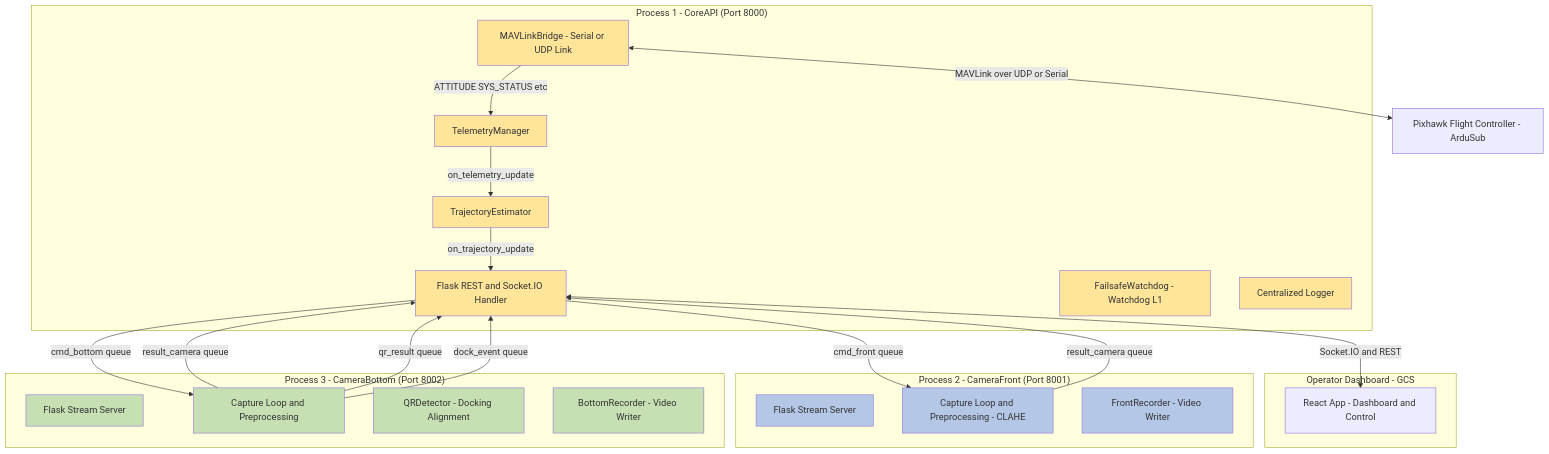
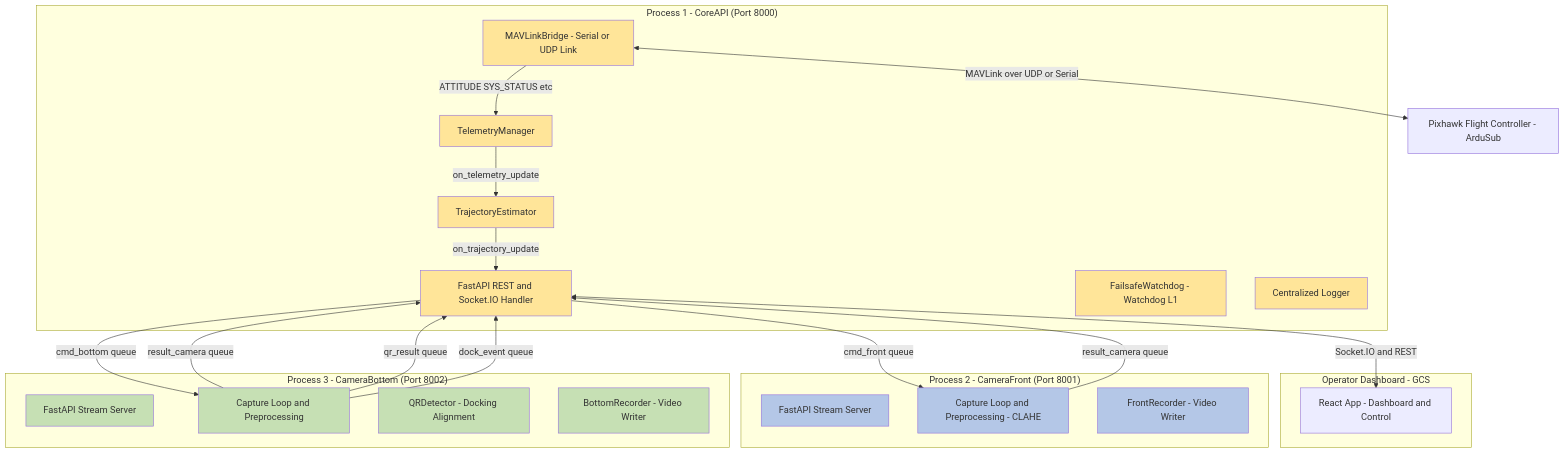
Before and after one commit to netph4ntom/rov_systemv3: the first of 2 diagrams in document.md, drawn with Mermaid. The commit also changed other lines of this file and 2 other files, not shown here.

````diff
--- a/document.md
+++ b/document.md
@@ -13,62 +13,62 @@
 ```mermaid
 graph TD
 
     subgraph "Operator Dashboard - GCS"
         React["React App - Dashboard and Control"]
     end
 
     subgraph "Process 1 - CoreAPI (Port 8000)"
-        Routes["Flask REST and Socket.IO Handler"]
+        Routes["FastAPI REST and Socket.IO Handler"]
         MAVLink["MAVLinkBridge - Serial or UDP Link"]
         Telemetry["TelemetryManager"]
         Trajectory["TrajectoryEstimator"]
         Watchdog["FailsafeWatchdog - Watchdog L1"]
         Logger["Centralized Logger"]
     end
 
     subgraph "Process 2 - CameraFront (Port 8001)"
-        FrontStream["Flask Stream Server"]
+        FrontStream["FastAPI Stream Server"]
         FrontCap["Capture Loop and Preprocessing - CLAHE"]
         FrontRec["FrontRecorder - Video Writer"]
     end
 
     subgraph "Process 3 - CameraBottom (Port 8002)"
-        BottomStream["Flask Stream Server"]
+        BottomStream["FastAPI Stream Server"]
         BottomCap["Capture Loop and Preprocessing"]
         QRDet["QRDetector - Docking Alignment"]
         BottomRec["BottomRecorder - Video Writer"]
     end
 
     Pixhawk["Pixhawk Flight Controller - ArduSub"]
 
     %% IPC Queues
     Routes -->|cmd_front queue| FrontCap
     Routes -->|cmd_bottom queue| BottomCap
     FrontCap -->|result_camera queue| Routes
     BottomCap -->|result_camera queue| Routes
     BottomCap -->|qr_result queue| Routes
     BottomCap -->|dock_event queue| Routes
 
     %% Internal Data Flow
     MAVLink -->|ATTITUDE SYS_STATUS etc| Telemetry
     Telemetry -->|on_telemetry_update| Trajectory
     Trajectory -->|on_trajectory_update| Routes
     Routes <-->|Socket.IO and REST| React
     MAVLink <-->|MAVLink over UDP or Serial| Pixhawk
 
     style Routes fill:#FFE599
     style MAVLink fill:#FFE599
     style Telemetry fill:#FFE599
     style Trajectory fill:#FFE599
     style Watchdog fill:#FFE599
     style Logger fill:#FFE599
 
     style FrontStream fill:#B4C7E7
     style FrontCap fill:#B4C7E7
     style FrontRec fill:#B4C7E7
 
     style BottomStream fill:#C6E0B4
     style BottomCap fill:#C6E0B4
     style QRDet fill:#C6E0B4
     style BottomRec fill:#C6E0B4
 ```
````
